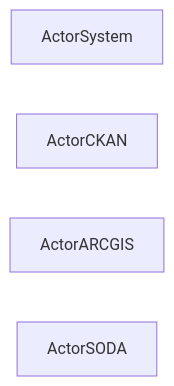
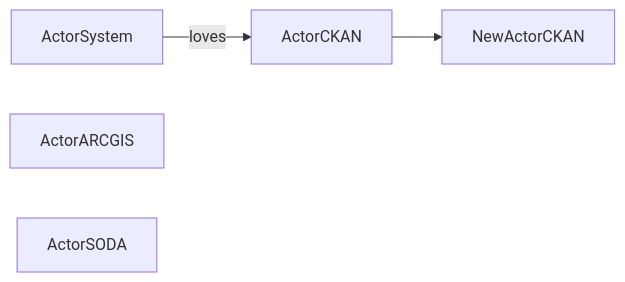
Before and after one commit to professor-greebie/test-compile: the first of 2 diagrams in architecture/streams.md, drawn with Mermaid. The commit also changed other lines of this file and 6 other files, not shown here.

````diff
--- a/architecture/streams.md
+++ b/architecture/streams.md
@@ -3,9 +5,11 @@
 ```mermaid
 
 flowchart LR
   ActorSystem
-  ActorCKAN
+  NewActorCKAN
   ActorARCGIS
   ActorSODA
 
+  ActorSystem -- loves --> ActorCKAN --> NewActorCKAN
+
 ```
````
